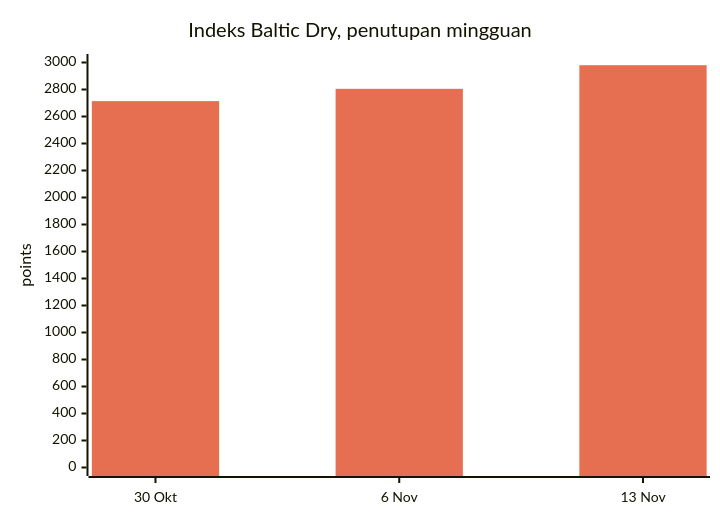
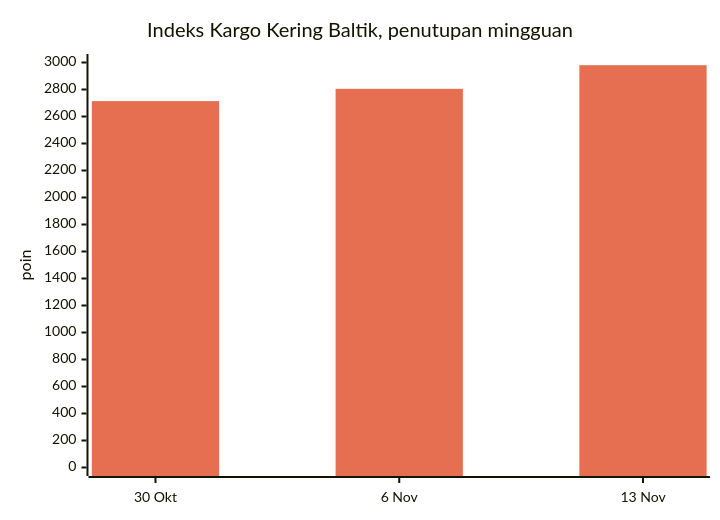
One commit to dureach/research changed the ninth of 13 diagrams in Global-Trade-Intelligence-weekly-2026-11-16/index.id.md. Above: the diagram before and after it, drawn with Mermaid. The commit also changed other lines of this file and 5 other files, not shown here.

````diff
--- a/Global-Trade-Intelligence-weekly-2026-11-16/index.id.md
+++ b/Global-Trade-Intelligence-weekly-2026-11-16/index.id.md
@@ -506,8 +506,8 @@
 ```mermaid
 %%{init: {'theme': 'base', 'themeVariables': {'xyChart': {'plotColorPalette': '#e76f51'}}}}%%
 xychart-beta
-    title "Indeks Baltic Dry, penutupan mingguan"
+    title "Indeks Kargo Kering Baltik, penutupan mingguan"
     x-axis ["30 Okt", "6 Nov", "13 Nov"]
-    y-axis "points" 0 --> 3000
+    y-axis "poin" 0 --> 3000
     bar [2714, 2805, 2980]
 ```
````
